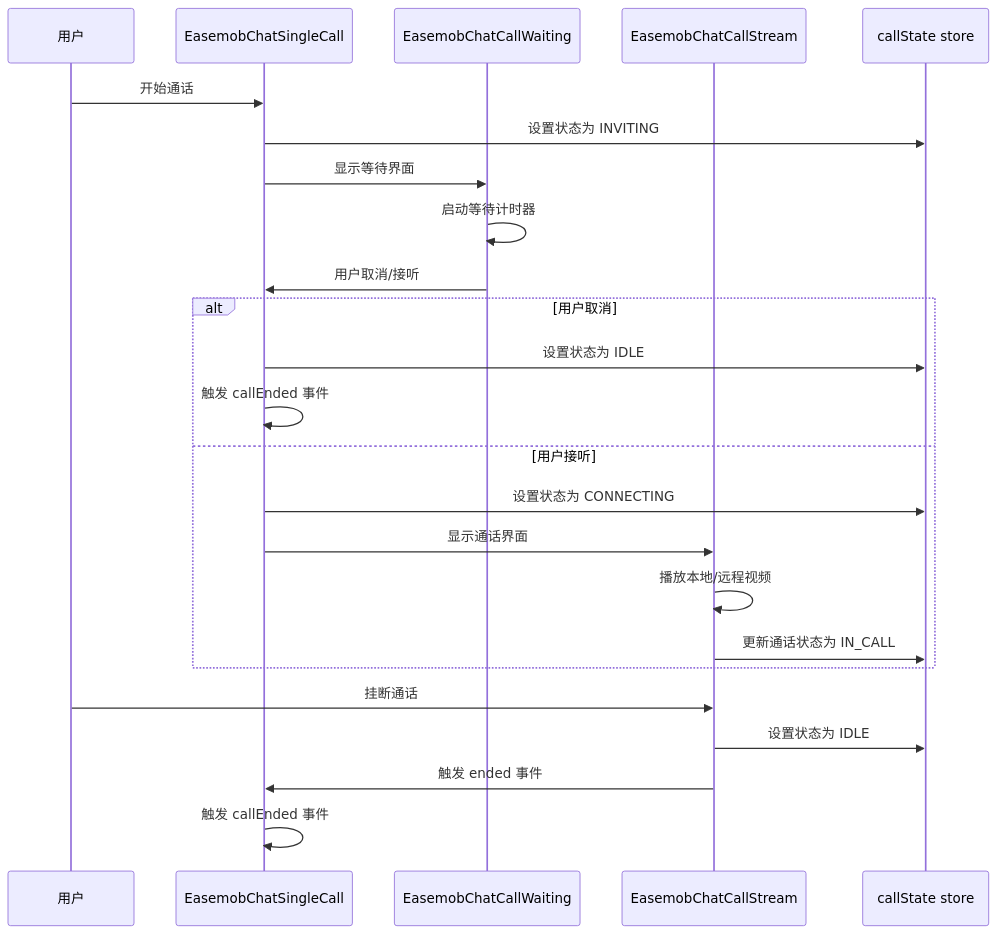
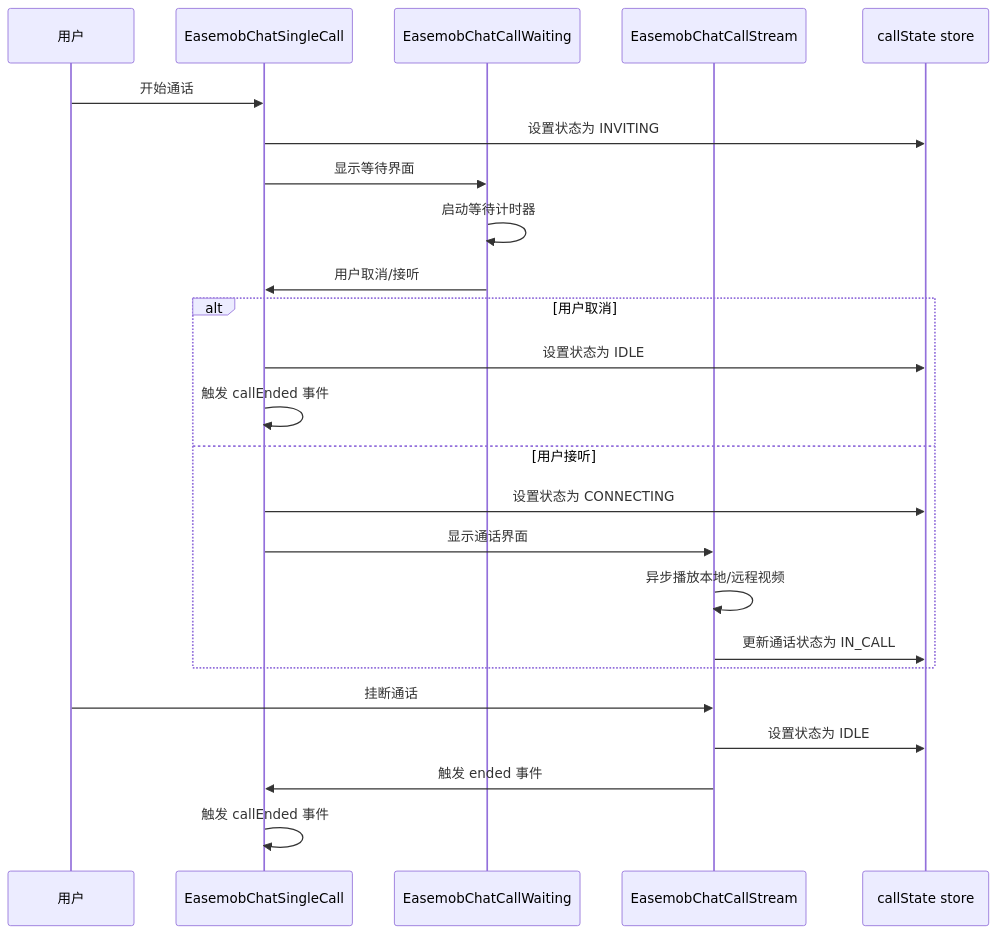
One commit to Easemob-Community/easemob-uikit-callkit-vue3 changed the fourth of 8 diagrams in .qoder/repowiki/zh/content/API 参考/组件 API/单人通话组件 API.md. Above: the diagram before and after it, drawn with Mermaid. The commit also changed other lines of this file and 54 other files, not shown here.

````diff
--- a/.qoder/repowiki/zh/content/API 参考/组件 API/单人通话组件 API.md
+++ b/.qoder/repowiki/zh/content/API 参考/组件 API/单人通话组件 API.md
@@ -231,26 +247,26 @@
 ```mermaid
 sequenceDiagram
 participant User as 用户
 participant SingleCall as EasemobChatSingleCall
 participant Waiting as EasemobChatCallWaiting
 participant Stream as EasemobChatCallStream
 participant Store as callState store
 User->>SingleCall : 开始通话
 SingleCall->>Store : 设置状态为 INVITING
 SingleCall->>Waiting : 显示等待界面
 Waiting->>Waiting : 启动等待计时器
 Waiting->>SingleCall : 用户取消/接听
 alt 用户取消
 SingleCall->>Store : 设置状态为 IDLE
 SingleCall->>SingleCall : 触发 callEnded 事件
 else 用户接听
 SingleCall->>Store : 设置状态为 CONNECTING
 SingleCall->>Stream : 显示通话界面
-Stream->>Stream : 播放本地/远程视频
+Stream->>Stream : 异步播放本地/远程视频
 Stream->>Store : 更新通话状态为 IN_CALL
 end
 User->>Stream : 挂断通话
 Stream->>Store : 设置状态为 IDLE
 Stream->>SingleCall : 触发 ended 事件
 SingleCall->>SingleCall : 触发 callEnded 事件
 ```
````
